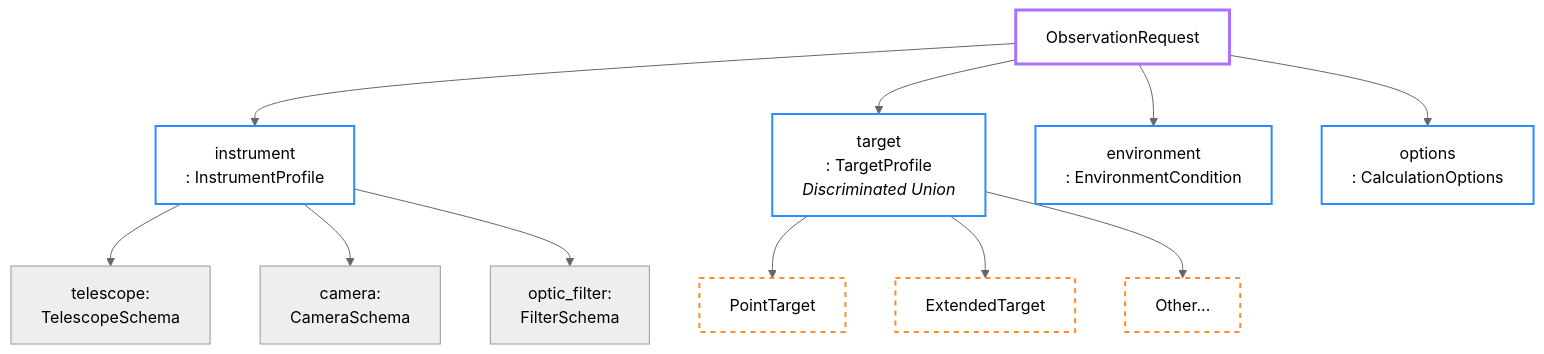
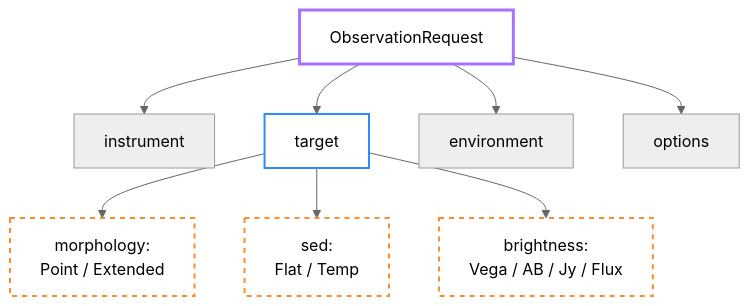
One commit to happpycorn/CASTOR changed the third of 3 diagrams in docs/architecture.md. Above: the diagram before and after it, drawn with Mermaid (neutral theme). The commit also changed other lines of this file and 9 other files, not shown here.

````diff
--- a/docs/architecture.md
+++ b/docs/architecture.md
@@ -258,35 +262,25 @@
 ```mermaid
 graph TD
     %% Core Root
     Root[ObservationRequest]
 
-    %% Domain Pillars (Pydantic Fields & Types)
-    P1[instrument<br/>: InstrumentProfile]
-    P2[target<br/>: TargetProfile<br/><i>Discriminated Union</i>]
-    P3[environment<br/>: EnvironmentCondition]
-    P4[options<br/>: CalculationOptions]
+    %% Domain Pillars
+    P1[instrument]
+    P2[target]
+    P3[environment]
+    P4[options]
 
     Root --> P1 & P2 & P3 & P4
 
-    %% Instrument Profile Sub-schemas
-    P1 --> P1_1[telescope: <br/>TelescopeSchema]
-    P1 --> P1_2[camera: <br/>CameraSchema]
-    P1 --> P1_3[optic_filter: <br/>FilterSchema]
-
-    %% Target Profile Sub-schemas (Polymorphism)
-    P2 --> P2_1[PointTarget]
-    P2 --> P2_2[ExtendedTarget]
-    P2 --> P2_3[Other...]
+    %% Target Profile Decoupling
+    P2 --> P2_1[morphology:<br/>Point / Extended]
+    P2 --> P2_2[sed:<br/>Flat / Temp]
+    P2 --> P2_3[brightness:<br/>Vega / AB / Jy / Flux]
 
     %% Styling
     style Root fill:transparent,stroke:#a871ff,stroke-width:3px
-    style P1 fill:transparent,stroke:#2b8cff,stroke-width:2px
     style P2 fill:transparent,stroke:#2b8cff,stroke-width:2px
-    style P3 fill:transparent,stroke:#2b8cff,stroke-width:2px
-    style P4 fill:transparent,stroke:#2b8cff,stroke-width:2px
-    
-    %% Highlight Polymorphic branches
     style P2_1 fill:transparent,stroke:#ff8c2b,stroke-width:2px,stroke-dasharray: 5 5
     style P2_2 fill:transparent,stroke:#ff8c2b,stroke-width:2px,stroke-dasharray: 5 5
     style P2_3 fill:transparent,stroke:#ff8c2b,stroke-width:2px,stroke-dasharray: 5 5
 ```
````
